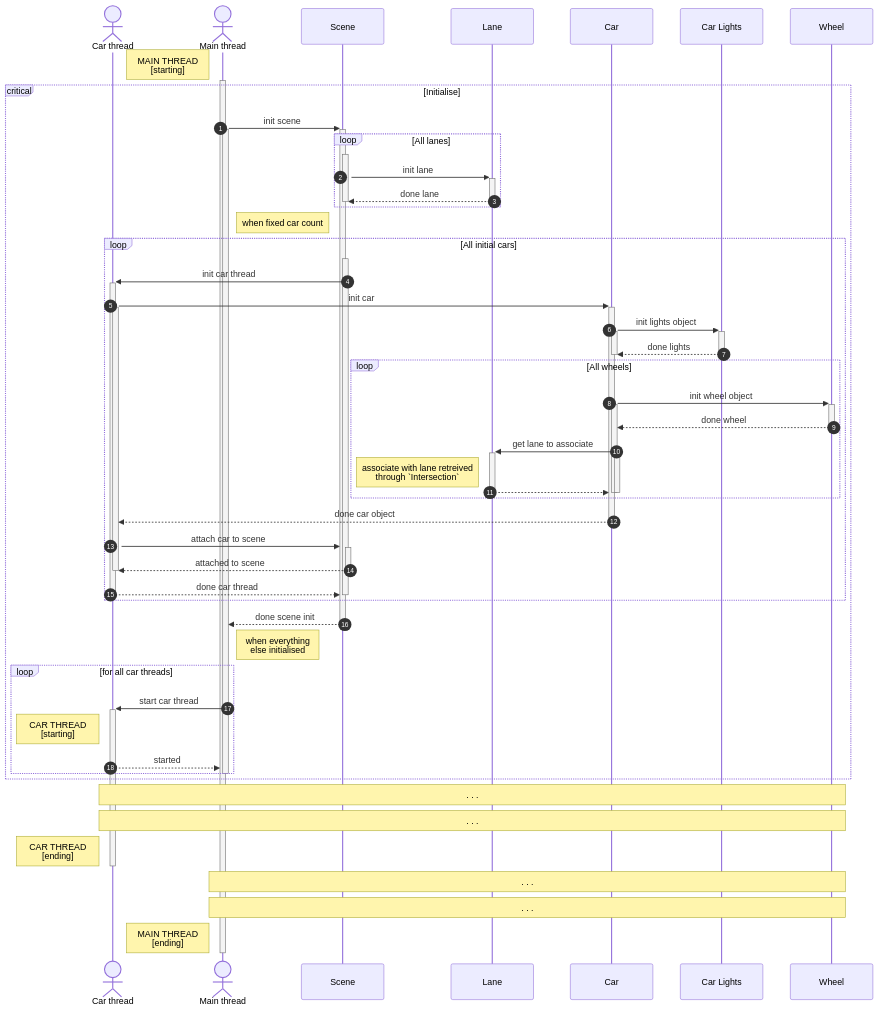
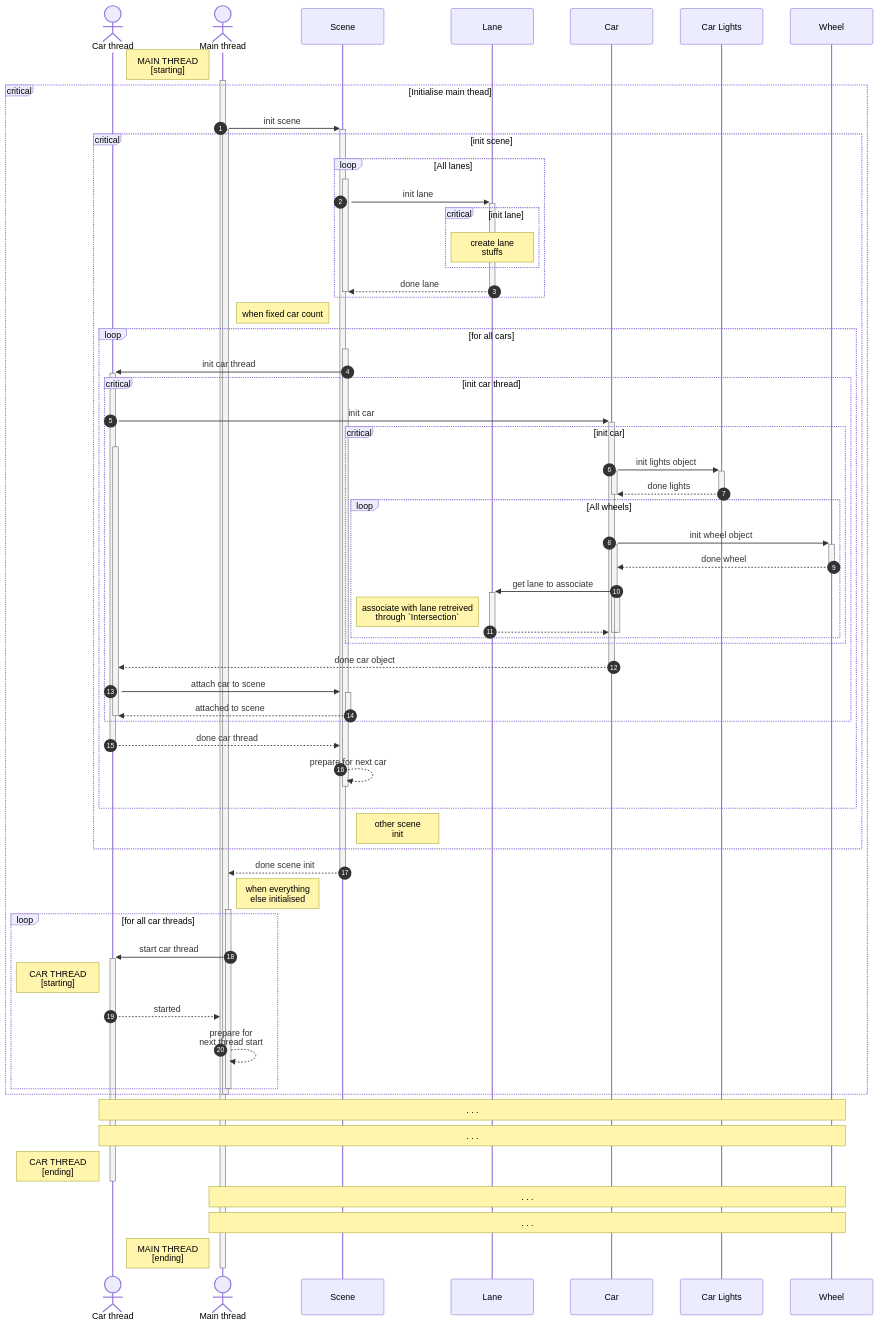
The sixth of 8 diagrams in docs/docs_01_conceptual.md (corbeau217/cpp_opengl_vehicles), drawn with Mermaid before and after one commit.

Commit message:
cleanup init sequence

```diff
--- a/docs/docs_01_conceptual.md
+++ b/docs/docs_01_conceptual.md
@@ -576,22 +576,28 @@
     note left of MAINTHREAD : MAIN THREAD<br>[starting]
     activate MAINTHREAD
     %% -------------------------------------------------
-    critical Initialise
+    critical Initialise main thead
     MAINTHREAD ->>+ SCENE : init scene
     activate MAINTHREAD
+    critical init scene
     %% ---------------------------------
     loop All lanes
     activate SCENE
     SCENE ->>+ LANE : init lane
+    critical init lane
+    note over LANE : create lane<br>stuffs
+    end
     LANE -->>- SCENE : done lane
     deactivate SCENE
     end
     %% ---------------------------------
     note right of MAINTHREAD: when fixed car count
-    loop All initial cars
+    loop for all cars
     activate SCENE
     SCENE ->>+ CARTHREAD : init car thread
+    critical init car thread
     CARTHREAD ->>+ CAR : init car
+    critical init car
     activate CARTHREAD
     %% ..........................
     CAR ->>+ CARLIGHTS : init lights object
@@ -610,25 +616,34 @@
     deactivate CAR
     end
     %% ..........................
+    end
     CAR -->>- CARTHREAD : done car object
     CARTHREAD ->>+ SCENE : attach car to scene
     SCENE -->>- CARTHREAD : attached to scene
     deactivate CARTHREAD
+    end
     CARTHREAD -->>- SCENE : done car thread
+    SCENE -->> SCENE : prepare for next car
     deactivate SCENE
+    %% ---------------------------------
     end
+    note right of SCENE : other scene<br>init
     %% ---------------------------------
+    end
     SCENE -->>- MAINTHREAD : done scene init
     %% ---------------------------------
     note right of MAINTHREAD : when everything<br>else initialised
+    activate MAINTHREAD
     loop for all car threads
     MAINTHREAD ->>+ CARTHREAD : start car thread
     note left of CARTHREAD : CAR THREAD<br>[starting]
     CARTHREAD -->> MAINTHREAD : started
+    MAINTHREAD -->> MAINTHREAD : prepare for<br>next thread start
     end
     deactivate MAINTHREAD
     %% ---------------------------------
     end
+    deactivate MAINTHREAD
     %% -------------------------------------------------
     note over CARTHREAD,WHEEL : . . .
     note over CARTHREAD,WHEEL : . . .
```
